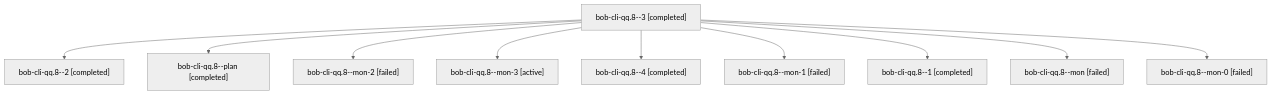
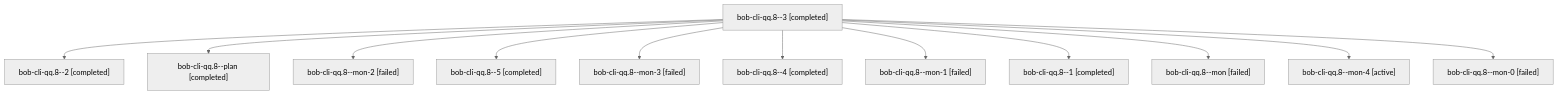
One commit to bobs-org/bob-cli--agents changed the diagram in sessions/bbugyi200.apollo.bob-cli-qq.8.md. Above: the diagram before and after it, drawn with Mermaid (neutral theme). The commit also changed other lines of this file and 53 other files, not shown here.

````diff
--- a/sessions/bbugyi200.apollo.bob-cli-qq.8.md
+++ b/sessions/bbugyi200.apollo.bob-cli-qq.8.md
@@ -9,22 +9,26 @@
 ```mermaid
 flowchart TD
   n0["bob-cli-qq.8--3 [completed]"]
   n1["bob-cli-qq.8--2 [completed]"]
   n0 --> n1
   n2["bob-cli-qq.8--plan [completed]"]
   n0 --> n2
   n3["bob-cli-qq.8--mon-2 [failed]"]
   n0 --> n3
-  n4["bob-cli-qq.8--mon-3 [active]"]
+  n4["bob-cli-qq.8--5 [completed]"]
   n0 --> n4
-  n5["bob-cli-qq.8--4 [completed]"]
+  n5["bob-cli-qq.8--mon-3 [failed]"]
   n0 --> n5
-  n6["bob-cli-qq.8--mon-1 [failed]"]
+  n6["bob-cli-qq.8--4 [completed]"]
   n0 --> n6
-  n7["bob-cli-qq.8--1 [completed]"]
+  n7["bob-cli-qq.8--mon-1 [failed]"]
   n0 --> n7
-  n8["bob-cli-qq.8--mon [failed]"]
+  n8["bob-cli-qq.8--1 [completed]"]
   n0 --> n8
-  n9["bob-cli-qq.8--mon-0 [failed]"]
+  n9["bob-cli-qq.8--mon [failed]"]
   n0 --> n9
+  n10["bob-cli-qq.8--mon-4 [active]"]
+  n0 --> n10
+  n11["bob-cli-qq.8--mon-0 [failed]"]
+  n0 --> n11
 ```
````
